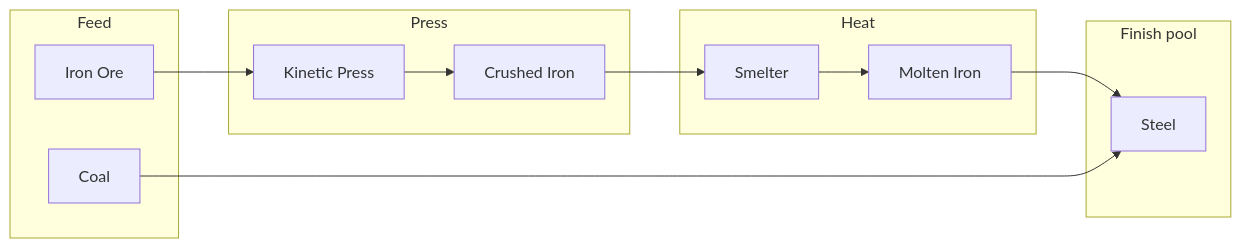
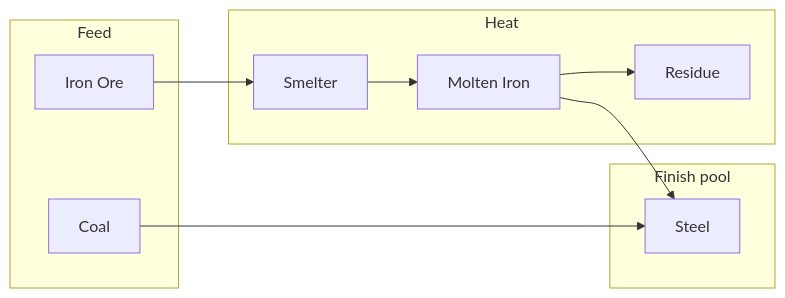
One commit to sandustry-modding/SandustryStoneworks changed the third of 5 diagrams in docs/steel.md. Above: the diagram before and after it, drawn with Mermaid. The commit also changed other lines of this file and 8 other files, not shown here.

Commit message:
Cool molten iron into solid iron and surface residue on deep pools.

````diff
--- a/docs/steel.md
+++ b/docs/steel.md
@@ -55,25 +64,22 @@
 ```mermaid
 flowchart LR
   subgraph feed [Feed]
     IO[Iron Ore]
     C[Coal]
   end
 
-  subgraph pressBay [Press]
-    KP[Kinetic Press]
-    CI[Crushed Iron]
-  end
-
   subgraph heatBay [Heat]
     SM[Smelter]
     MI[Molten Iron]
+    R[Residue]
   end
 
   subgraph finish [Finish pool]
     ST[Steel]
   end
 
-  IO --> KP --> CI --> SM --> MI
+  IO --> SM --> MI
+  MI --> R
   MI --> ST
   C --> ST
 ```
````
